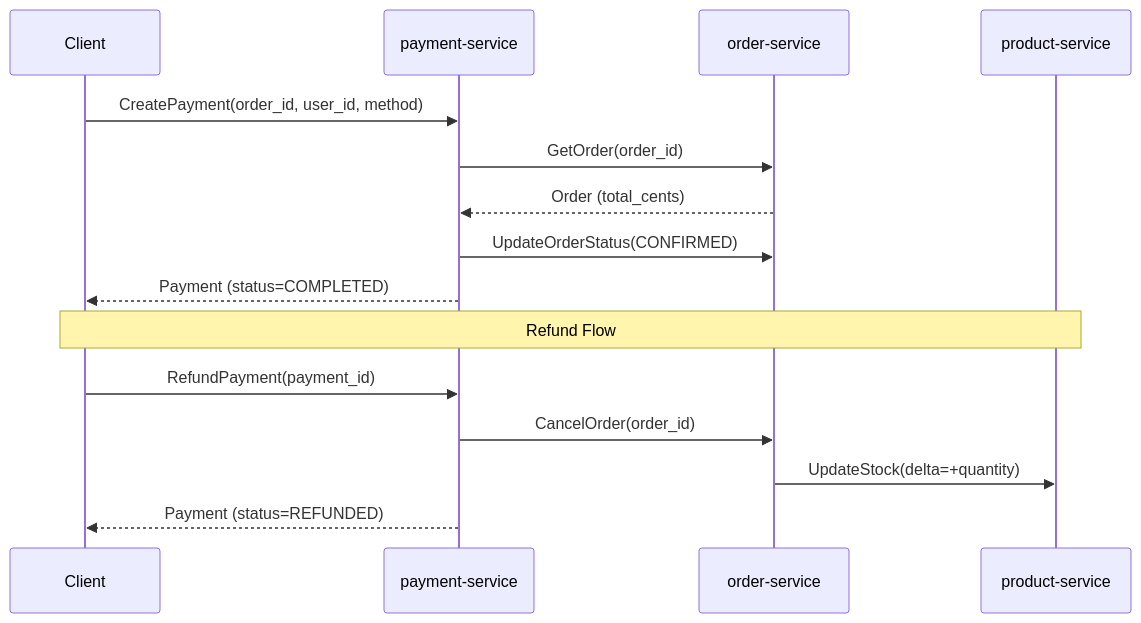
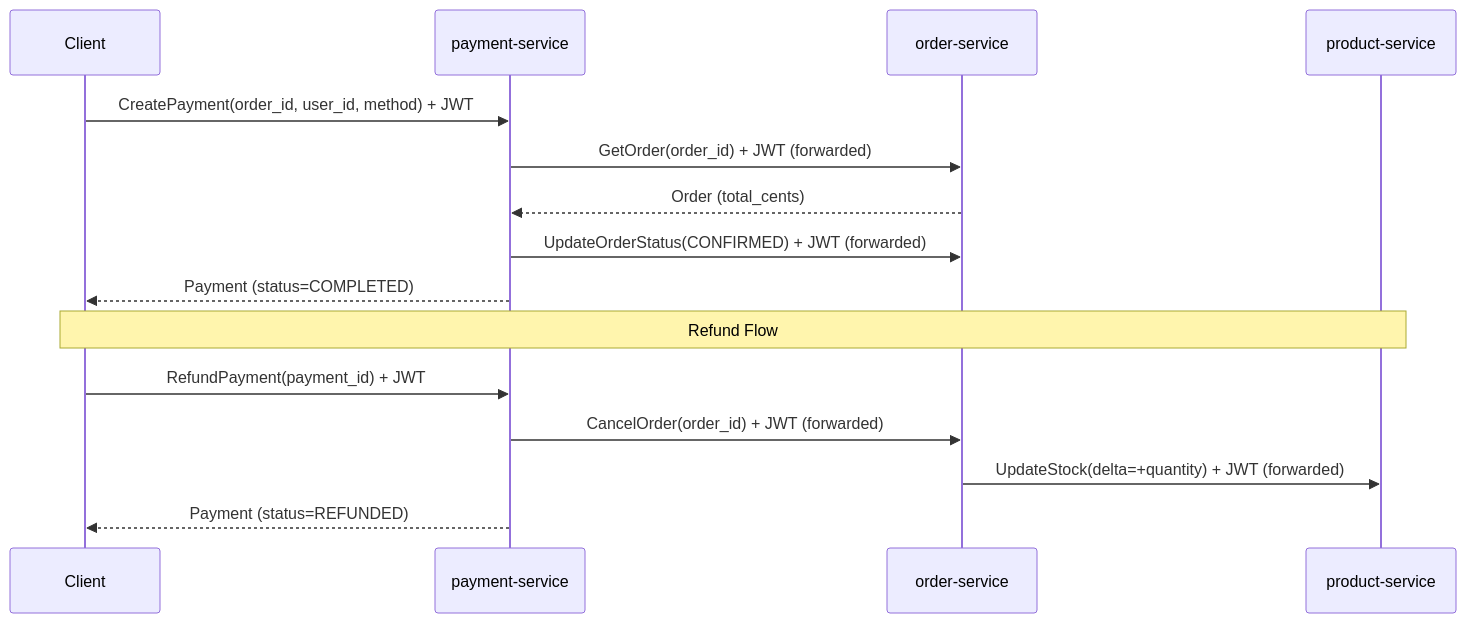
The fourth of 5 diagrams in README.md (kkito0726/golang-connect-microservice), drawn with Mermaid before and after one commit. The commit also changed other lines of this file, not shown here.

````diff
--- a/README.md
+++ b/README.md
@@ -75,19 +92,19 @@
 ```mermaid
 sequenceDiagram
     participant Client
     participant Payment as payment-service
     participant Order as order-service
     participant Product as product-service
 
-    Client->>Payment: CreatePayment(order_id, user_id, method)
-    Payment->>Order: GetOrder(order_id)
+    Client->>Payment: CreatePayment(order_id, user_id, method) + JWT
+    Payment->>Order: GetOrder(order_id) + JWT (forwarded)
     Order-->>Payment: Order (total_cents)
-    Payment->>Order: UpdateOrderStatus(CONFIRMED)
+    Payment->>Order: UpdateOrderStatus(CONFIRMED) + JWT (forwarded)
     Payment-->>Client: Payment (status=COMPLETED)
 
     Note over Client,Product: Refund Flow
-    Client->>Payment: RefundPayment(payment_id)
-    Payment->>Order: CancelOrder(order_id)
-    Order->>Product: UpdateStock(delta=+quantity)
+    Client->>Payment: RefundPayment(payment_id) + JWT
+    Payment->>Order: CancelOrder(order_id) + JWT (forwarded)
+    Order->>Product: UpdateStock(delta=+quantity) + JWT (forwarded)
     Payment-->>Client: Payment (status=REFUNDED)
 ```
````
